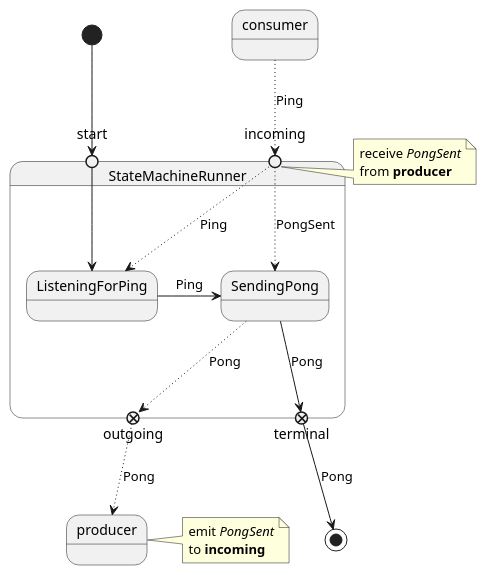
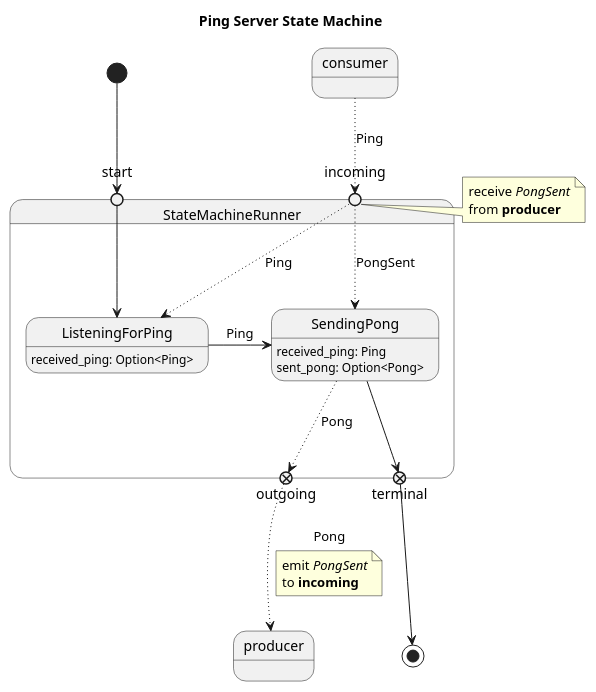
Before and after one commit to peterpaul/kafka-ping-stm: the third of 3 diagrams in README.org, drawn with PlantUML. The commit also changed other lines of this file and 11 other files, not shown here.

```diff
--- a/README.org
+++ b/README.org
@@ -128,24 +129,28 @@
 #+begin_src plantuml :file pong.svg :exports results
+  title Ping Server State Machine
   state StateMachineRunner {
           state start <<entryPoint>>
           state incoming <<entryPoint>>
           start --> ListeningForPing
+          ListeningForPing : received_ping: Option<Ping>
           incoming -[dotted]-> ListeningForPing: Ping
           incoming -[dotted]-> SendingPong: PongSent
+          SendingPong : received_ping: Ping
+          SendingPong : sent_pong: Option<Pong>
           ListeningForPing -> SendingPong: Ping
           SendingPong -[dotted]-> outgoing <<exitPoint>>: Pong
-          SendingPong --> terminal <<exitPoint>>: Pong
+          SendingPong --> terminal <<exitPoint>>
   }
   [*] --> start
-  terminal --> [*]: Pong
+  terminal --> [*]
   consumer -[dotted]-> incoming: Ping
   outgoing -[dotted]-> producer: Pong
-  note right of producer
+  note on link
           emit //PongSent//
           to **incoming**
   end note
   note right of incoming
           receive //PongSent//
           from **producer**
   end note
 #+end_src
```
